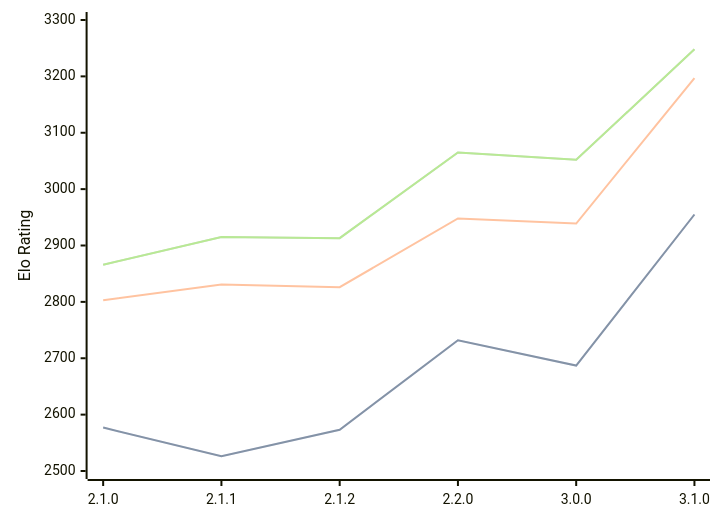
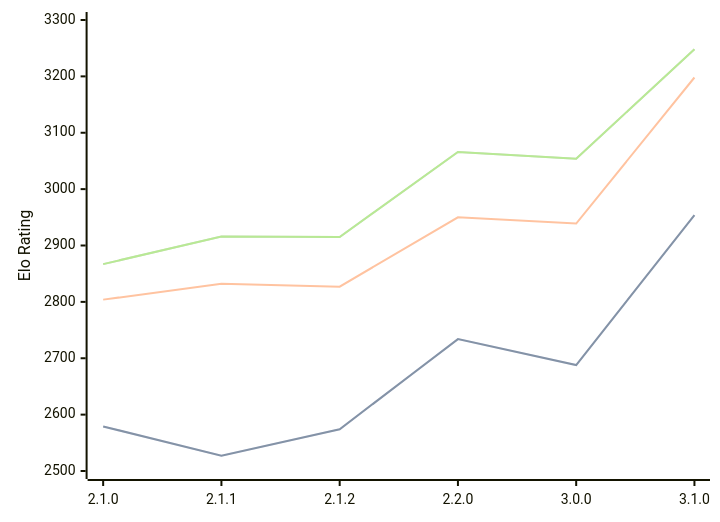
Before and after one commit to computer-chess-index/cci: the diagram in engines/Prune.md, drawn with Mermaid. The commit also changed other lines of this file, not shown here.

Commit message:
Update CCI Ratings (ELO VLTC) - 2026-02-21

````diff
--- a/engines/Prune.md
+++ b/engines/Prune.md
@@ -37,11 +37,11 @@
 ```mermaid
 %%{init: {"theme":"base","themeVariables":{"seriesColors:['#a3a3a3','#222221','#faa371']}}}%%
 xychart-beta
   x-axis ["2.1.0", "2.1.1", "2.1.2", "2.2.0", "3.0.0", "3.1.0"]
   y-axis "Elo Rating" 2500 --> 3300
-  line "STC (8.0+0.08s)" [2577, 2526, 2573, 2732, 2687, 2955]
-  line "STC (8.0+0.08s)" [2577, 2526, 2573, 2732, 2687, 2955]
-  line "LTC (60.0+0.60s)" [2803, 2831, 2826, 2948, 2939, 3197]
-  line "VLTC (2m24s+1.12s)" [2866, 2915, 2913, 3065, 3052, 3248]
-  line "VLTC (2m24s+1.12s)" [2866, 2915, 2913, 3065, 3052, 3248]
+  line "STC (8.0+0.08s)" [2579, 2527, 2574, 2734, 2688, 2954]
+  line "STC (8.0+0.08s)" [2579, 2527, 2574, 2734, 2688, 2954]
+  line "LTC (60.0+0.60s)" [2804, 2832, 2827, 2950, 2939, 3198]
+  line "VLTC (2m24s+1.12s)" [2867, 2916, 2915, 3066, 3054, 3248]
+  line "VLTC (2m24s+1.12s)" [2867, 2916, 2915, 3066, 3054, 3248]
 ```
````
